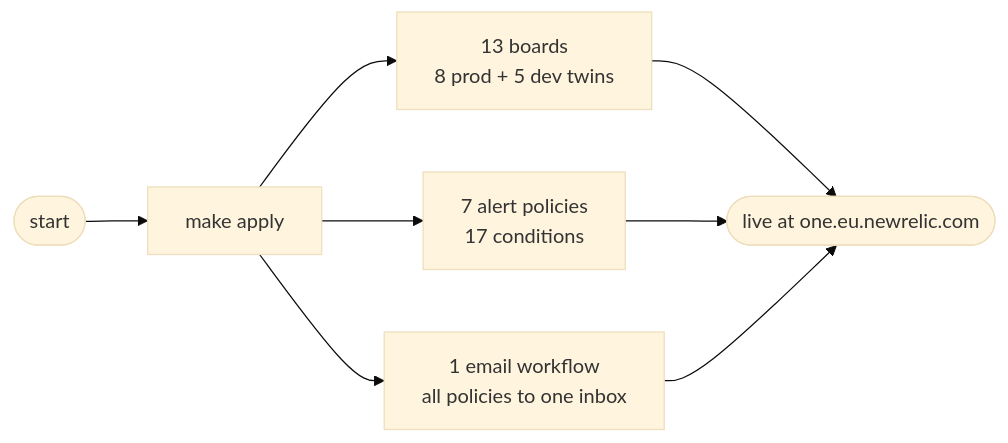
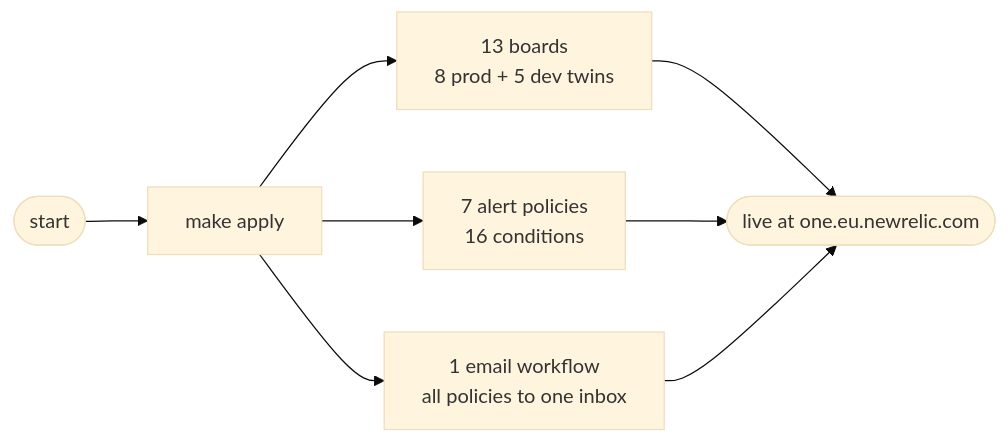
The diagram in observability/terraform/docs/getting-started/quickstart.md (kunalPisolkar24/detectAI), drawn with Mermaid (base theme) before and after one commit. The commit also changed 6 other files, not shown here.

````diff
--- a/observability/terraform/docs/getting-started/quickstart.md
+++ b/observability/terraform/docs/getting-started/quickstart.md
@@ -63,10 +63,10 @@
 ```mermaid
 graph LR
     START(["start"]) --> A["make apply"]
     A --> B["13 boards<br/>8 prod + 5 dev twins"]
-    A --> C["7 alert policies<br/>17 conditions"]
+    A --> C["7 alert policies<br/>16 conditions"]
     A --> D["1 email workflow<br/>all policies to one inbox"]
     B --> END(["live at one.eu.newrelic.com"])
     C --> END
     D --> END
 ```
````
